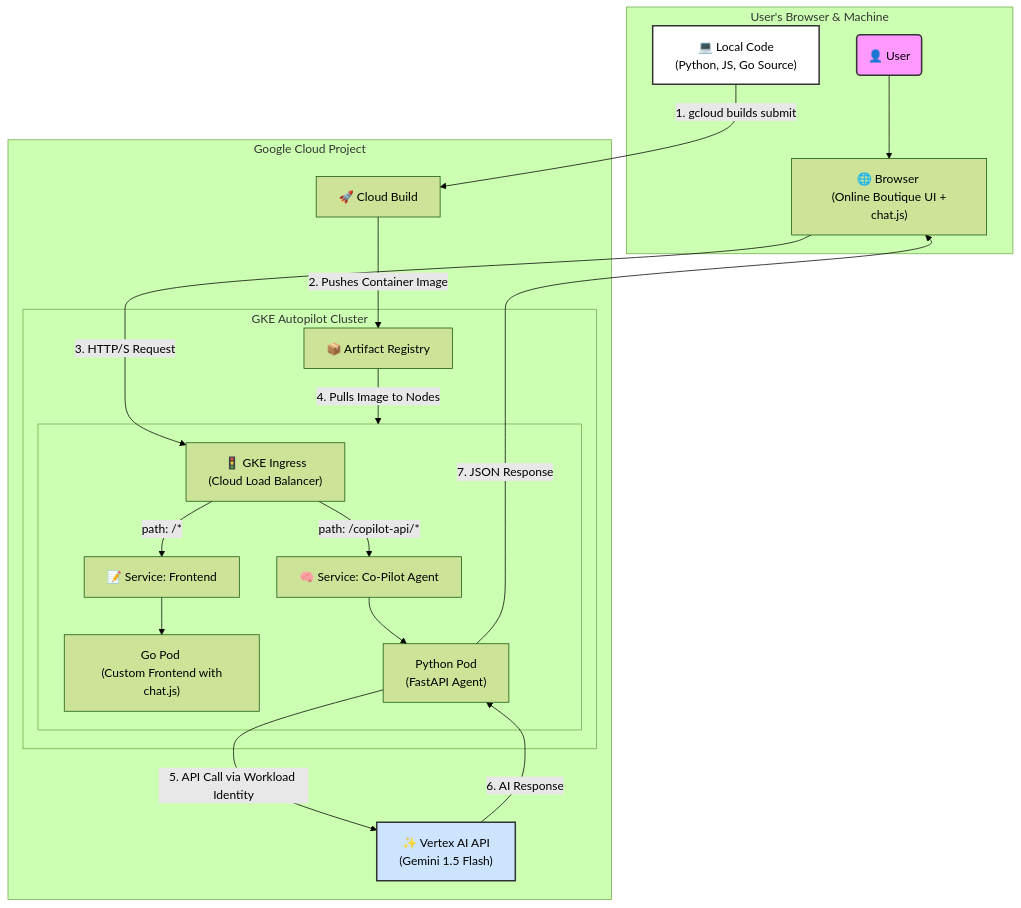
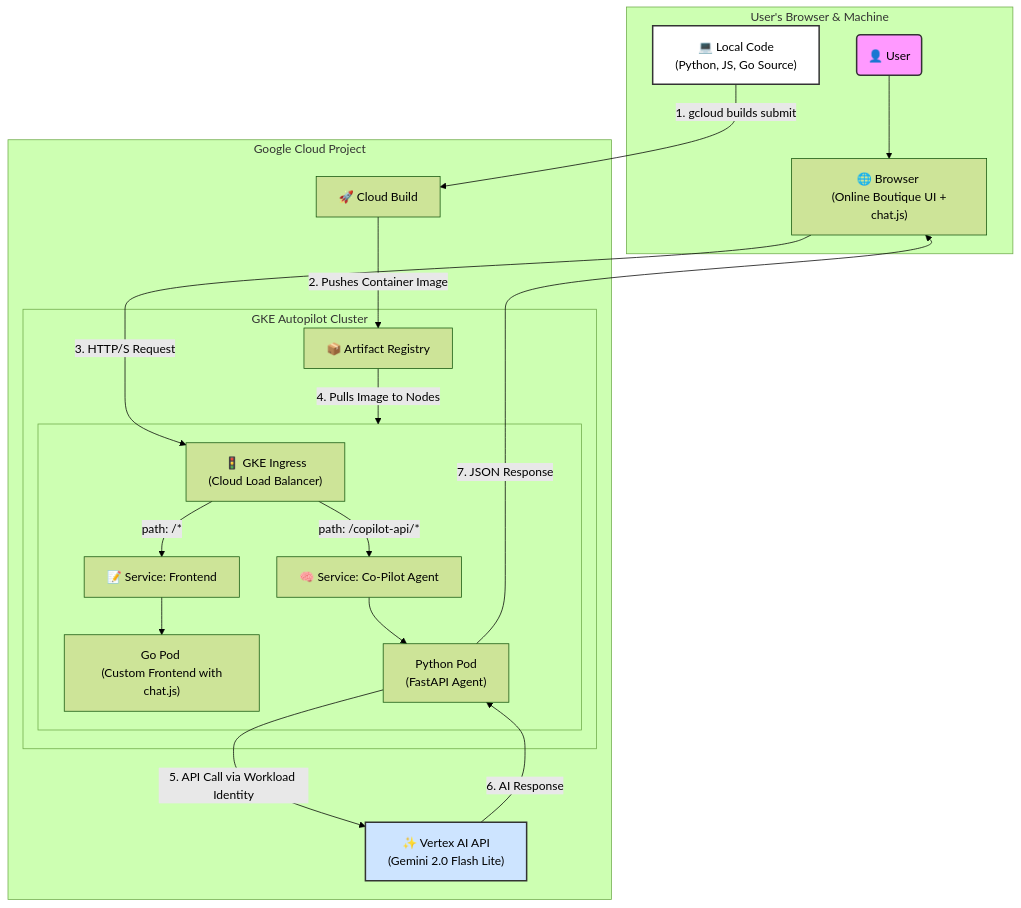
The diagram in README.md (rufiix/Boutique-Co-Pilot), drawn with Mermaid (forest theme) before and after one commit.

````diff
--- a/README.md
+++ b/README.md
@@ -43,37 +43,37 @@
 ```mermaid  
 
 graph TD
     subgraph "User's Browser & Machine"
         User(👤 User) --> Browser["🌐 Browser <br> (Online Boutique UI + chat.js)"];
         LocalCode["💻 Local Code <br> (Python, JS, Go Source)"];
     end
 
     subgraph "Google Cloud Project"
         LocalCode -- "1. gcloud builds submit" --> CloudBuild["🚀 Cloud Build"];
         CloudBuild -- "2. Pushes Container Image" --> ArtifactRegistry["📦 Artifact Registry"];
         
         Browser -- "3. HTTP/S Request" --> Ingress["🚦 GKE Ingress <br> (Cloud Load Balancer)"];
 
         subgraph "GKE Autopilot Cluster"
             ArtifactRegistry -- "4. Pulls Image to Nodes" --> GKECluster;
             
             subgraph GKECluster [ ]
                 Ingress -- "path: /*" --> FrontendService["📝 Service: Frontend"];
                 Ingress -- "path: /copilot-api/*" --> AgentService["🧠 Service: Co-Pilot Agent"];
 
                 FrontendService --> FrontendPod["Go Pod <br> (Custom Frontend with chat.js)"];
                 AgentService --> AgentPod["Python Pod <br> (FastAPI Agent)"];
             end
         end
 
-        AgentPod -- "5. API Call via Workload Identity" --> VertexAI["✨ Vertex AI API <br> (Gemini 1.5 Flash)"];
+        AgentPod -- "5. API Call via Workload Identity" --> VertexAI["✨ Vertex AI API <br> (Gemini 2.0 Flash Lite)"];
     end
 
     VertexAI -- "6. AI Response" --> AgentPod;
     AgentPod -- "7. JSON Response" --> Browser;
 
     style User fill:#f9f,stroke:#333,stroke-width:2px
     style LocalCode fill:#FFF,stroke:#333,stroke-width:2px
     style VertexAI fill:#cde4ff,stroke:#333,stroke-width:2px
 
 ```
````
